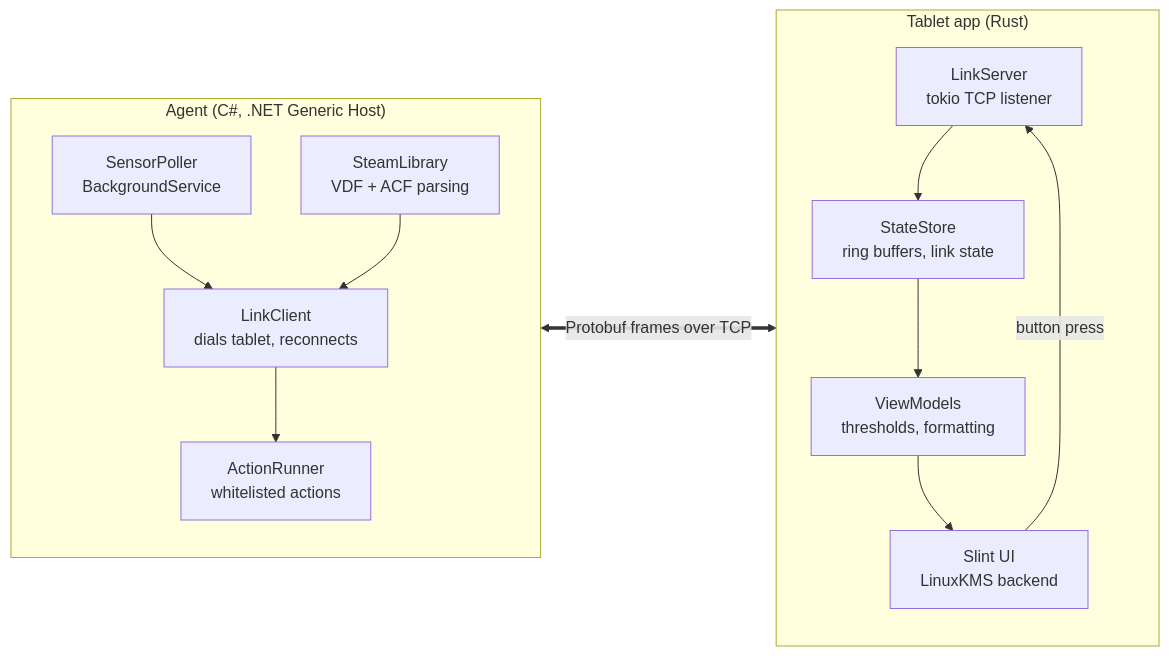
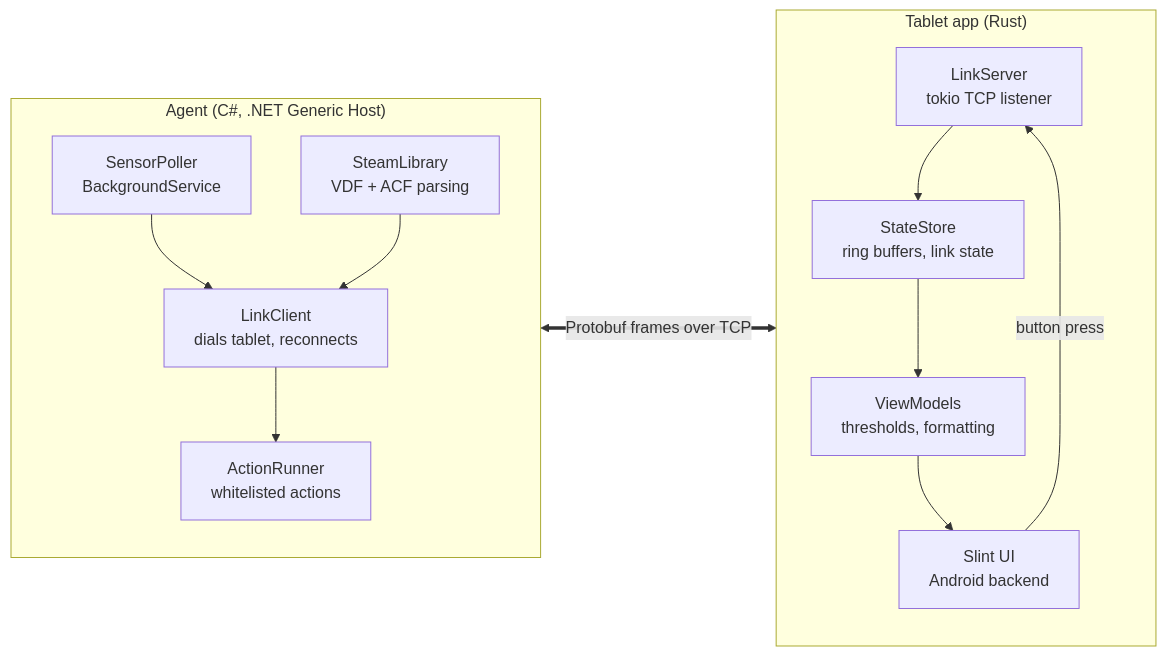
One commit to Decker-Matthew-R/sentinel changed the second of 5 diagrams in documentation/ARCHITECTURE.md. Above: the diagram before and after it, drawn with Mermaid. The commit also changed other lines of this file and 4 other files, not shown here.

````diff
--- a/documentation/ARCHITECTURE.md
+++ b/documentation/ARCHITECTURE.md
@@ -53,25 +53,25 @@
 ```mermaid
 flowchart LR
     subgraph AGENT["Agent (C#, .NET Generic Host)"]
         direction TB
         sp["SensorPoller<br/>BackgroundService"]
         sl["SteamLibrary<br/>VDF + ACF parsing"]
         ar["ActionRunner<br/>whitelisted actions"]
         lc["LinkClient<br/>dials tablet, reconnects"]
         sp --> lc
         sl --> lc
         lc --> ar
     end
 
     subgraph TABLET["Tablet app (Rust)"]
         direction TB
         ls["LinkServer<br/>tokio TCP listener"]
         st["StateStore<br/>ring buffers, link state"]
         vm["ViewModels<br/>thresholds, formatting"]
-        ui["Slint UI<br/>LinuxKMS backend"]
+        ui["Slint UI<br/>Android backend"]
         ls --> st --> vm --> ui
         ui -- "button press" --> ls
     end
 
     lc <== "Protobuf frames over TCP" ==> ls
 ```
````
